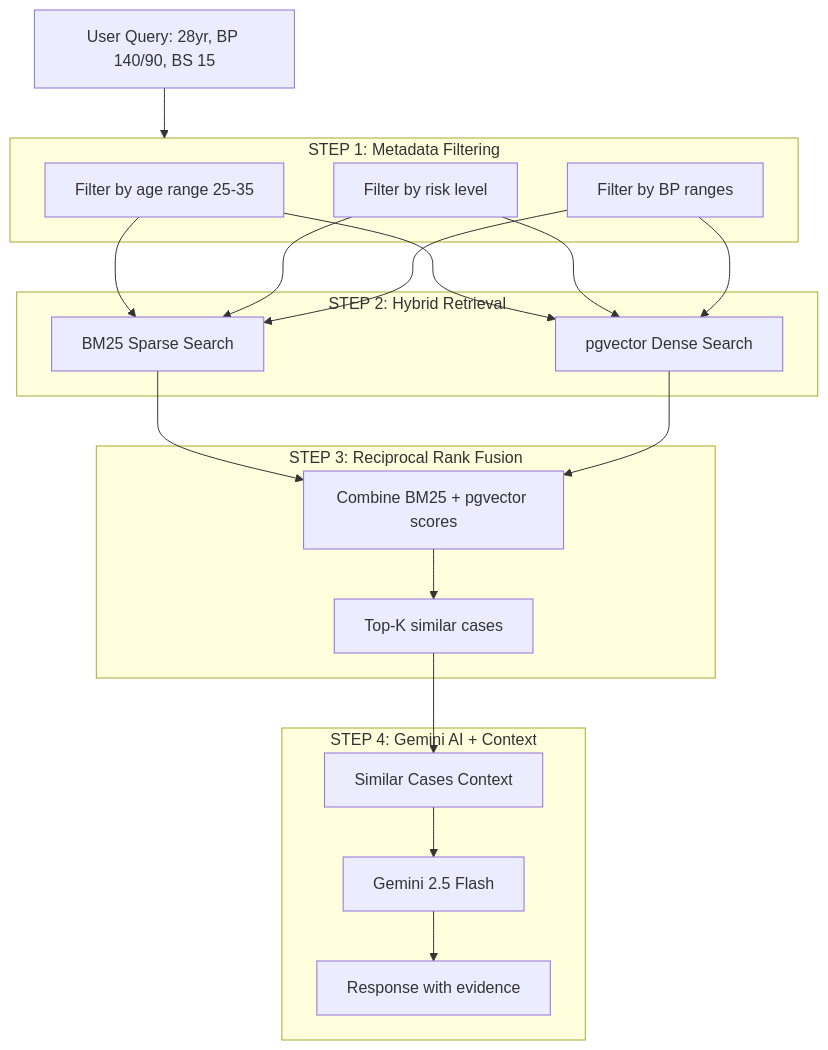
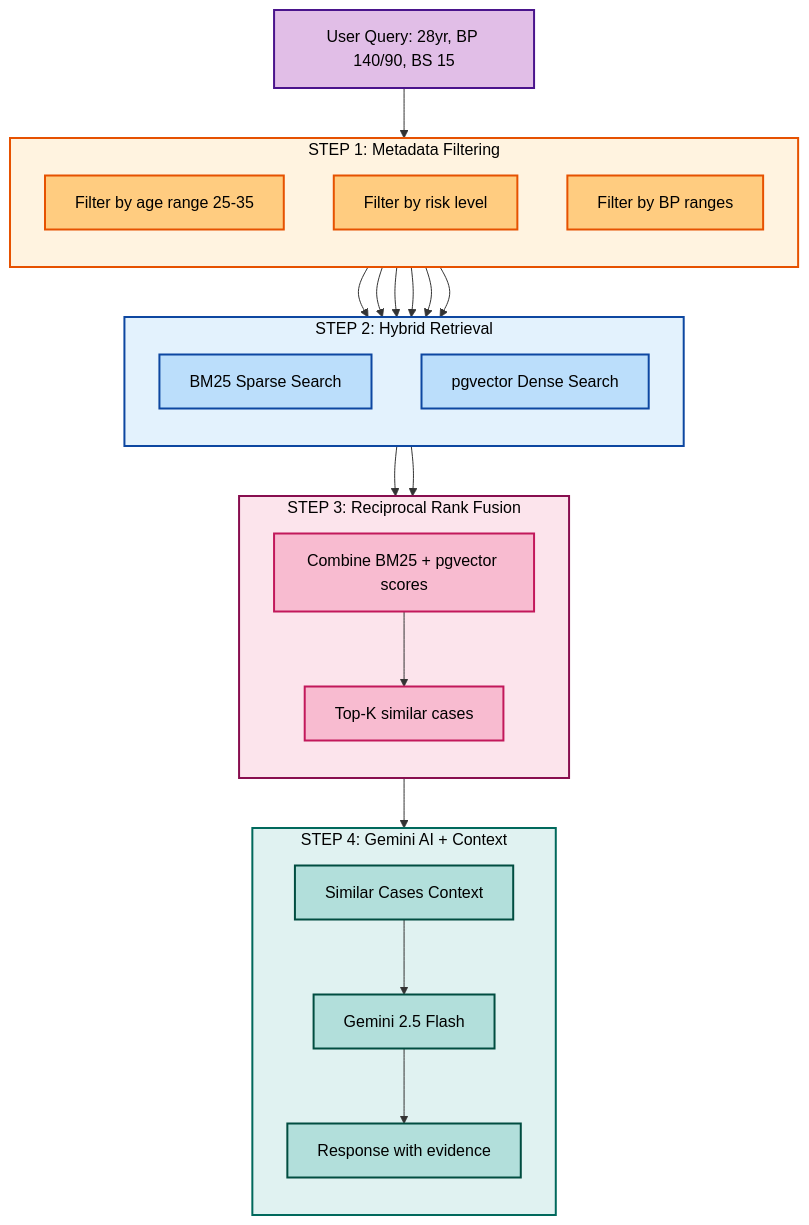
One commit to AIUtsavBot/aanchal_ai changed the third of 8 diagrams in README.md. Above: the diagram before and after it, drawn with Mermaid. The commit also changed other lines of this file, not shown here.

Commit message:
Update Mermaid diagrams with vibrant colors for better contrast

````diff
--- a/README.md
+++ b/README.md
@@ -163,40 +186,55 @@
 ```mermaid
 flowchart TB
-    Query["User Query: 28yr, BP 140/90, BS 15"]
+    %% Styles
+    classDef input fill:#e1bee7,stroke:#4a148c,stroke-width:2px,color:black
+    classDef filter fill:#ffcc80,stroke:#e65100,stroke-width:2px,color:black
+    classDef retrieval fill:#bbdefb,stroke:#0d47a1,stroke-width:2px,color:black
+    classDef fusion fill:#f8bbd0,stroke:#c2185b,stroke-width:2px,color:black
+    classDef gemini fill:#b2dfdb,stroke:#004d40,stroke-width:2px,color:black
+
+    Query["User Query: 28yr, BP 140/90, BS 15"]:::input
     
     subgraph FILTER["STEP 1: Metadata Filtering"]
-        F1["Filter by age range 25-35"]
-        F2["Filter by risk level"]
-        F3["Filter by BP ranges"]
+        direction TB
+        style FILTER fill:#fff3e0,stroke:#e65100,stroke-width:2px,color:black
+        F1["Filter by age range 25-35"]:::filter
+        F2["Filter by risk level"]:::filter
+        F3["Filter by BP ranges"]:::filter
     end
     
     subgraph RETRIEVAL["STEP 2: Hybrid Retrieval"]
-        BM25["BM25 Sparse Search"]
-        PGVEC["pgvector Dense Search"]
+        direction TB
+        style RETRIEVAL fill:#e3f2fd,stroke:#0d47a1,stroke-width:2px,color:black
+        BM25["BM25 Sparse Search"]:::retrieval
+        PGVEC["pgvector Dense Search"]:::retrieval
     end
     
     subgraph FUSION["STEP 3: Reciprocal Rank Fusion"]
-        RRF["Combine BM25 + pgvector scores"]
-        TOPK["Top-K similar cases"]
+        direction TB
+        style FUSION fill:#fce4ec,stroke:#880e4f,stroke-width:2px,color:black
+        RRF["Combine BM25 + pgvector scores"]:::fusion
+        TOPK["Top-K similar cases"]:::fusion
     end
     
     subgraph GEMINI["STEP 4: Gemini AI + Context"]
-        CTX["Similar Cases Context"]
-        LLM["Gemini 2.5 Flash"]
-        RESP["Response with evidence"]
+        direction TB
+        style GEMINI fill:#e0f2f1,stroke:#00695c,stroke-width:2px,color:black
+        CTX["Similar Cases Context"]:::gemini
+        LLM["Gemini 2.5 Flash"]:::gemini
+        RESP["Response with evidence"]:::gemini
     end
     
     Query --> FILTER
     F1 --> BM25
     F2 --> BM25
     F3 --> BM25
     F1 --> PGVEC
     F2 --> PGVEC
     F3 --> PGVEC
     BM25 --> RRF
     PGVEC --> RRF
     RRF --> TOPK
     TOPK --> CTX
     CTX --> LLM
     LLM --> RESP
 ```
````
